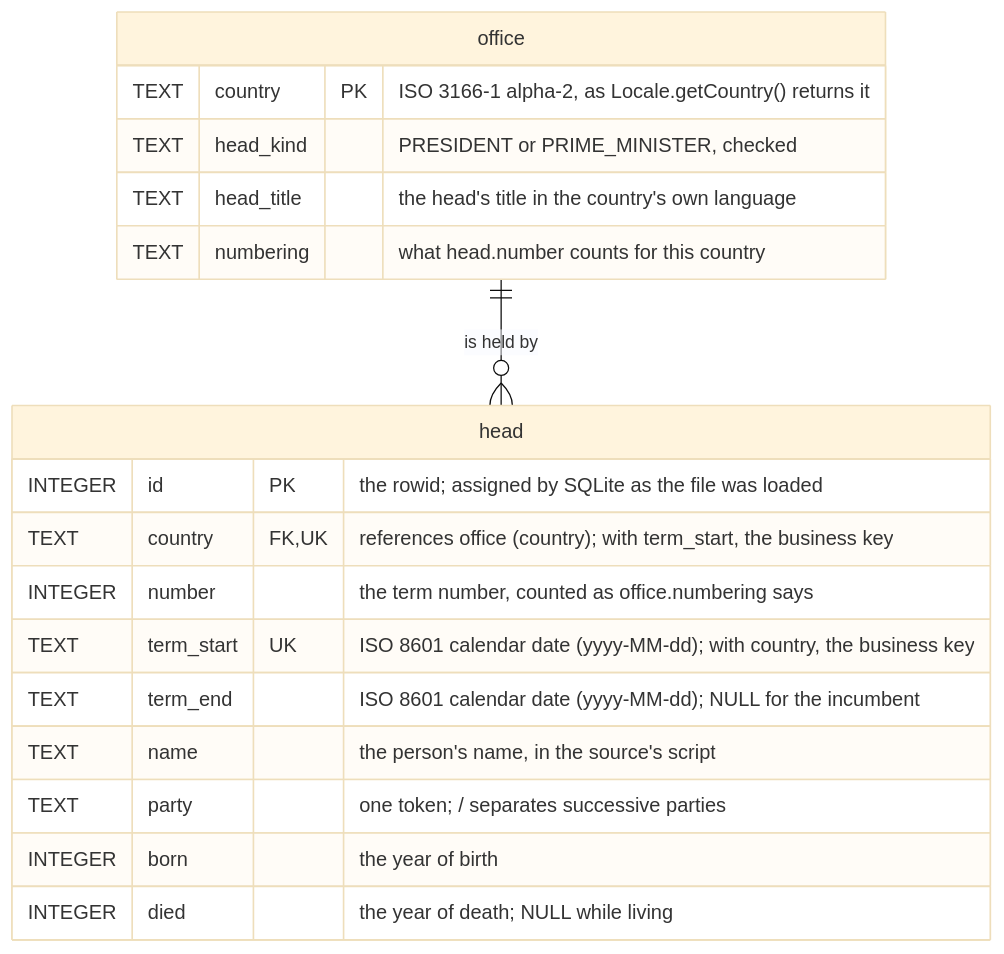
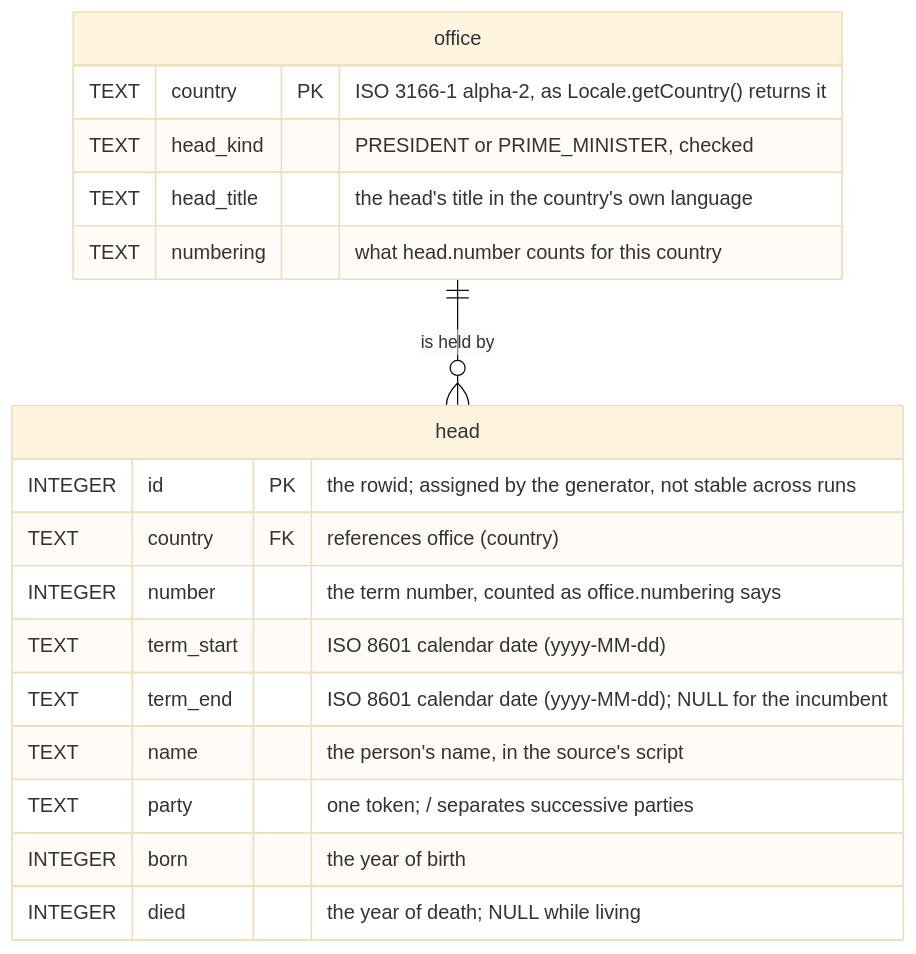
One commit to jinahya/heads-of-governments-persistence changed the diagram in db/heads_of_governments.sqlite3.md. Above: the diagram before and after it, drawn with Mermaid (base theme). The commit also changed other lines of this file and 48 other files, not shown here.

First line of the commit message:
Map term_start as String, term_end as LocalDate, born as Integer and died as Year; read-only identifiers; persistence.xml under src/test; ERD under docs/erd

````diff
--- a/db/heads_of_governments.sqlite3.md
+++ b/db/heads_of_governments.sqlite3.md
@@ -41,23 +43,23 @@
 ```mermaid
 erDiagram
     office ||--o{ head : "is held by"
 
     office {
         TEXT    country    PK "ISO 3166-1 alpha-2, as Locale.getCountry() returns it"
         TEXT    head_kind     "PRESIDENT or PRIME_MINISTER, checked"
         TEXT    head_title    "the head's title in the country's own language"
         TEXT    numbering     "what head.number counts for this country"
     }
 
     head {
-        INTEGER id         PK "the rowid; assigned by SQLite as the file was loaded"
-        TEXT    country    FK, UK "references office (country); with term_start, the business key"
+        INTEGER id         PK "the rowid; assigned by the generator, not stable across runs"
+        TEXT    country    FK "references office (country)"
         INTEGER number        "the term number, counted as office.numbering says"
-        TEXT    term_start UK "ISO 8601 calendar date (yyyy-MM-dd); with country, the business key"
+        TEXT    term_start    "ISO 8601 calendar date (yyyy-MM-dd)"
         TEXT    term_end      "ISO 8601 calendar date (yyyy-MM-dd); NULL for the incumbent"
         TEXT    name          "the person's name, in the source's script"
         TEXT    party         "one token; / separates successive parties"
         INTEGER born          "the year of birth"
         INTEGER died          "the year of death; NULL while living"
     }
 ```
````
